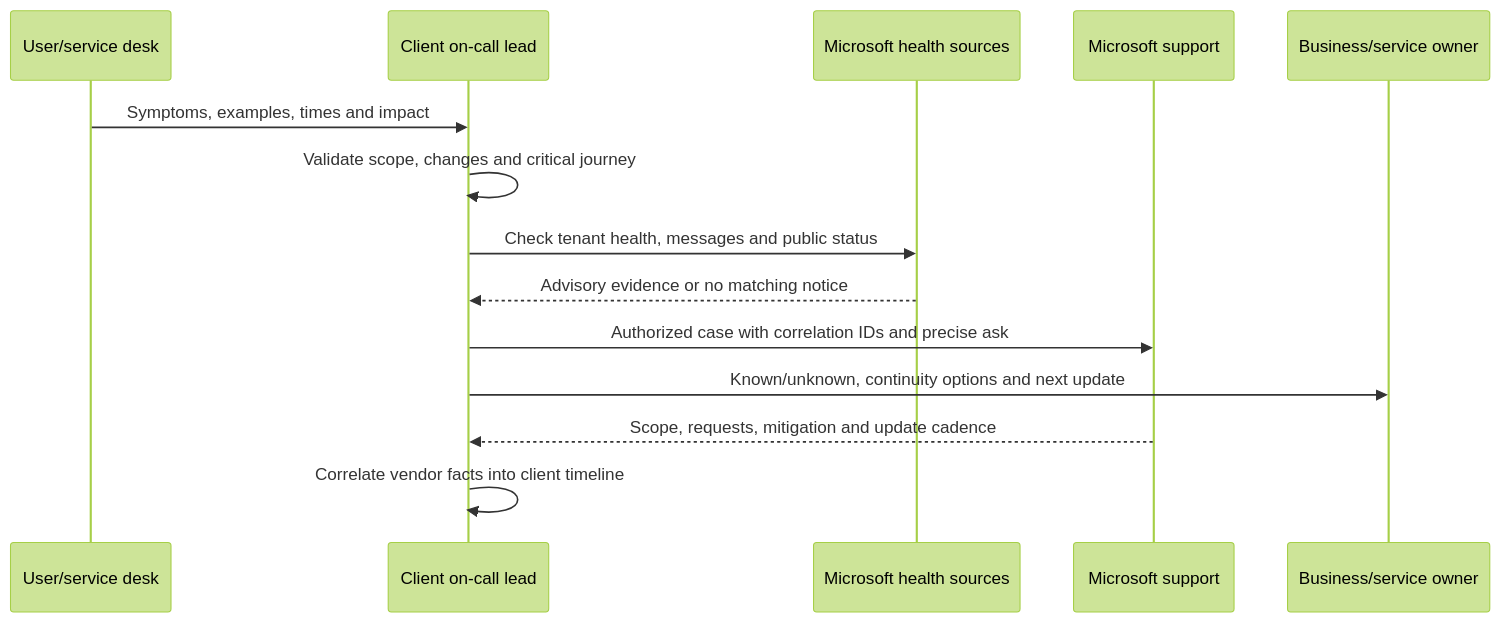
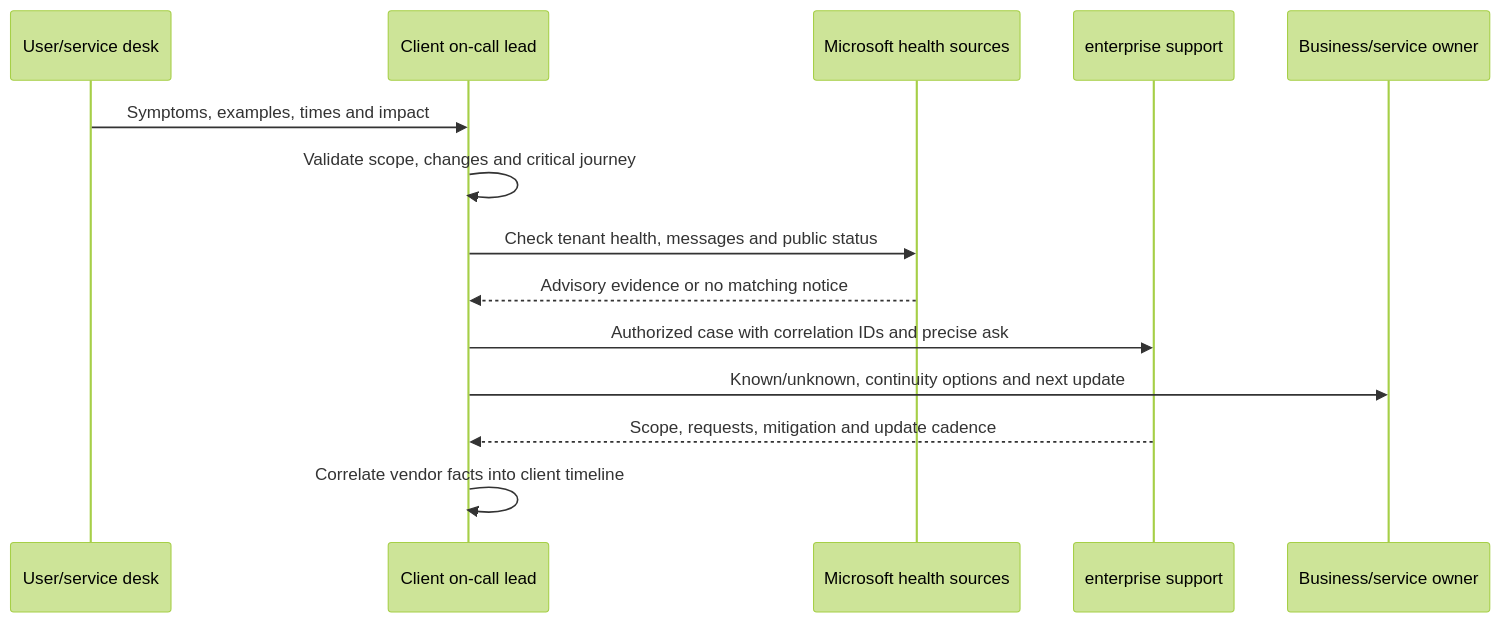
The seventh of 17 diagrams in Deloitte M365 Security Consultant/prep/Part-62-resilience-oncall-shift-handover.md (hichauhan-in/Interview-Prep), drawn with Mermaid (forest theme) before and after one commit. The commit also changed other lines of this file and 493 other files, not shown here.

````diff
--- a/Deloitte M365 Security Consultant/prep/Part-62-resilience-oncall-shift-handover.md
+++ b/Deloitte M365 Security Consultant/prep/Part-62-resilience-oncall-shift-handover.md
@@ -244,16 +244,16 @@
 ```mermaid
 sequenceDiagram
     participant U as User/service desk
     participant O as Client on-call lead
     participant H as Microsoft health sources
-    participant S as Microsoft support
+    participant S as enterprise support
     participant B as Business/service owner
     U->>O: Symptoms, examples, times and impact
     O->>O: Validate scope, changes and critical journey
     O->>H: Check tenant health, messages and public status
     H-->>O: Advisory evidence or no matching notice
     O->>S: Authorized case with correlation IDs and precise ask
     O->>B: Known/unknown, continuity options and next update
     S-->>O: Scope, requests, mitigation and update cadence
     O->>O: Correlate vendor facts into client timeline
 ```
````
